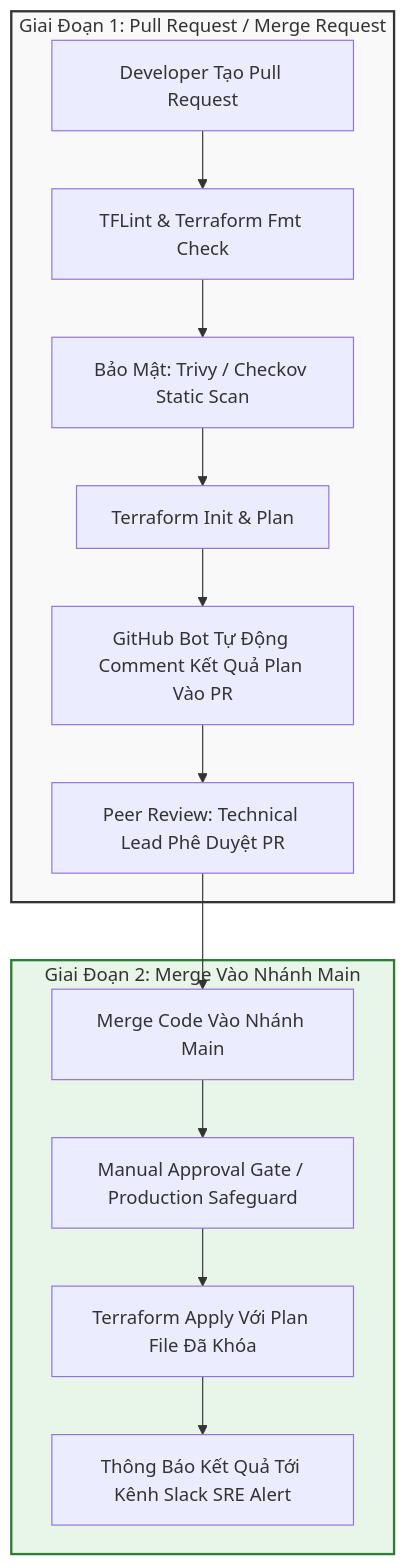
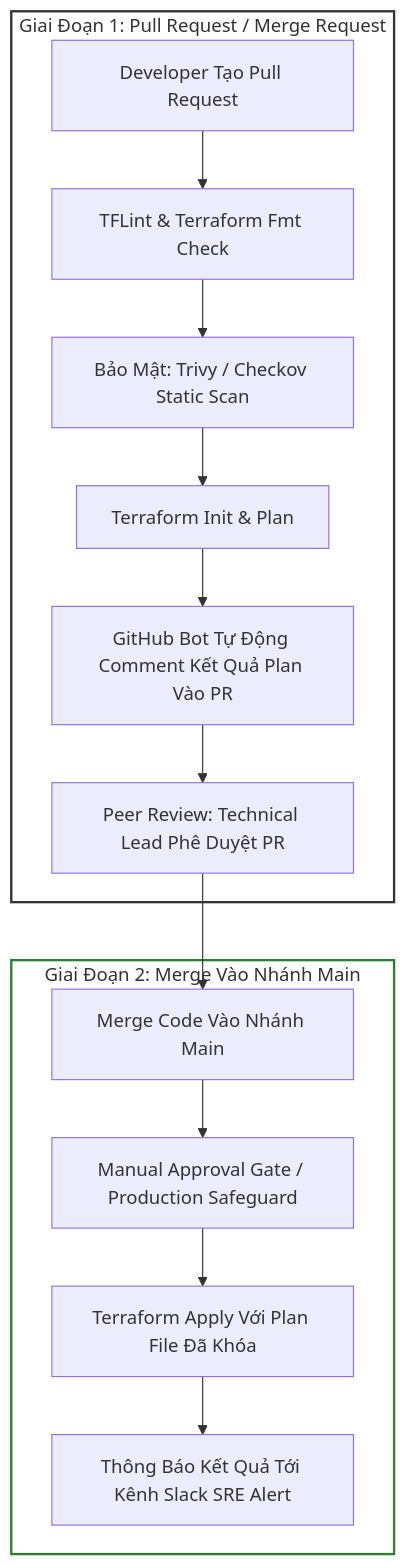
The third of 5 diagrams in _posts/2026-09-13-terraform-19-19-terraform-trong-cicd-gitlab-ci-github-actions-va-oidc.md (kiennt308/ntk), drawn with Mermaid before and after one commit. The commit also changed other lines of this file and 207 other files, not shown here.

Commit message:
feat(posts): batch standardize all 208 posts with TL;DR, qa-card accordion, fill:none mermaid, and liquid raw wrappers

````diff
--- a/_posts/2026-09-13-terraform-19-19-terraform-trong-cicd-gitlab-ci-github-actions-va-oidc.md
+++ b/_posts/2026-09-13-terraform-19-19-terraform-trong-cicd-gitlab-ci-github-actions-va-oidc.md
@@ -145,23 +149,23 @@
 ```mermaid
 flowchart TD
     subgraph Phase1 ["Giai Đoạn 1: Pull Request / Merge Request"]
         PR["Developer Tạo Pull Request"] --> LINT["TFLint & Terraform Fmt Check"]
         LINT --> SEC["Bảo Mật: Trivy / Checkov Static Scan"]
         SEC --> PLAN["Terraform Init & Plan"]
         PLAN --> BOT["GitHub Bot Tự Động Comment Kết Quả Plan Vào PR"]
         BOT --> REVIEW["Peer Review: Technical Lead Phê Duyệt PR"]
     end
 
     subgraph Phase2 ["Giai Đoạn 2: Merge Vào Nhánh Main"]
         MERGE["Merge Code Vào Nhánh Main"] --> GATE["Manual Approval Gate / Production Safeguard"]
         GATE --> APPLY["Terraform Apply Với Plan File Đã Khóa"]
         APPLY --> NOTIF["Thông Báo Kết Quả Tới Kênh Slack SRE Alert"]
     end
 
     REVIEW --> MERGE
 
-    style Phase1 fill:#f9f9f9,stroke:#333,stroke-width:2px
-    style Phase2 fill:#e8f5e9,stroke:#2e7d32,stroke-width:2px
+    style Phase1 fill:none,stroke:#333,stroke-width:2px
+    style Phase2 fill:none,stroke:#2e7d32,stroke-width:2px
 
 
 ```
````
